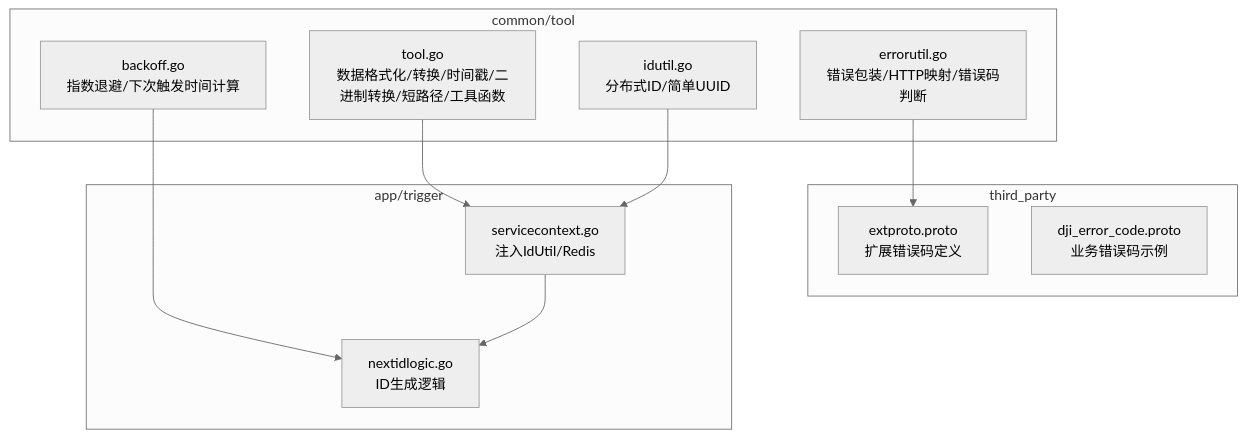
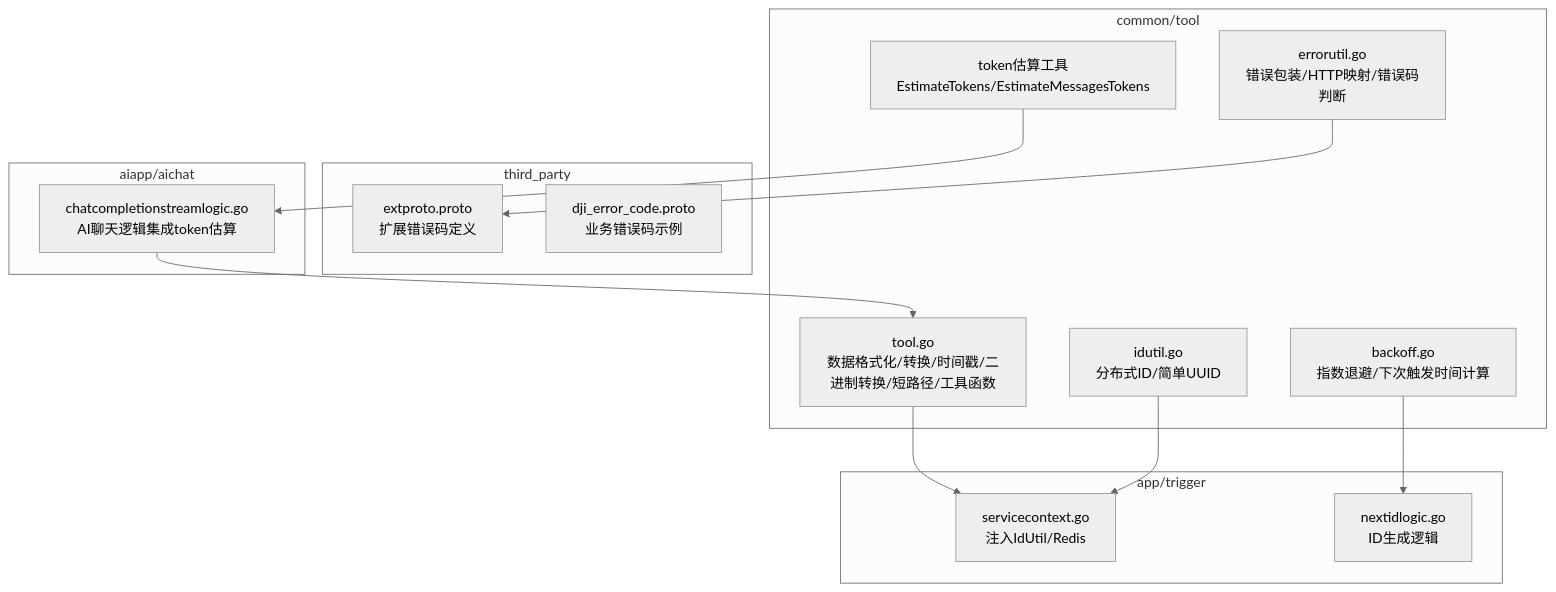
One commit to maomao94/zero-service changed the first of 8 diagrams in .qoder/repowiki/zh/content/公共组件库/工具组件/数据处理工具/通用工具函数集合.md. Above: the diagram before and after it, drawn with Mermaid (neutral theme). The commit also changed other lines of this file and 48 other files, not shown here.

````diff
--- a/.qoder/repowiki/zh/content/公共组件库/工具组件/数据处理工具/通用工具函数集合.md
+++ b/.qoder/repowiki/zh/content/公共组件库/工具组件/数据处理工具/通用工具函数集合.md
@@ -39,22 +41,27 @@
 ```mermaid
 graph TB
 subgraph "common/tool"
 A["tool.go<br/>数据格式化/转换/时间戳/二进制转换/短路径/工具函数"]
 B["errorutil.go<br/>错误包装/HTTP映射/错误码判断"]
 C["idutil.go<br/>分布式ID/简单UUID"]
 D["backoff.go<br/>指数退避/下次触发时间计算"]
+E["token估算工具<br/>EstimateTokens/EstimateMessagesTokens"]
 end
 subgraph "third_party"
-E["extproto.proto<br/>扩展错误码定义"]
-F["dji_error_code.proto<br/>业务错误码示例"]
+F["extproto.proto<br/>扩展错误码定义"]
+G["dji_error_code.proto<br/>业务错误码示例"]
 end
 subgraph "app/trigger"
-G["servicecontext.go<br/>注入IdUtil/Redis"]
-H["nextidlogic.go<br/>ID生成逻辑"]
+H["servicecontext.go<br/>注入IdUtil/Redis"]
+I["nextidlogic.go<br/>ID生成逻辑"]
 end
-A --> G
-B --> E
-C --> G
-D --> H
-G --> H
+subgraph "aiapp/aichat"
+J["chatcompletionstreamlogic.go<br/>AI聊天逻辑集成token估算"]
+end
+A --> H
+B --> F
+C --> H
+D --> I
+E --> J
+J --> A
 ```
````
